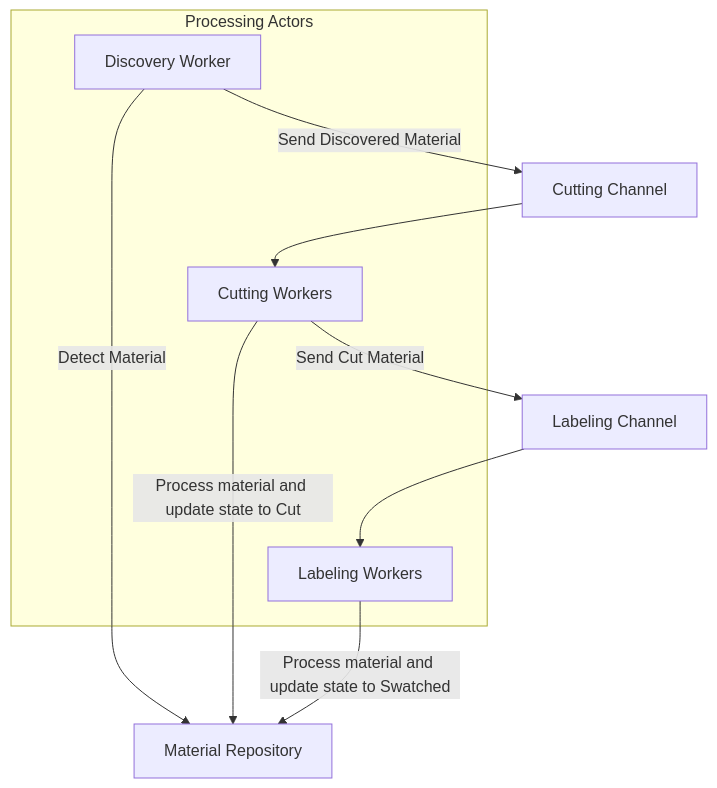
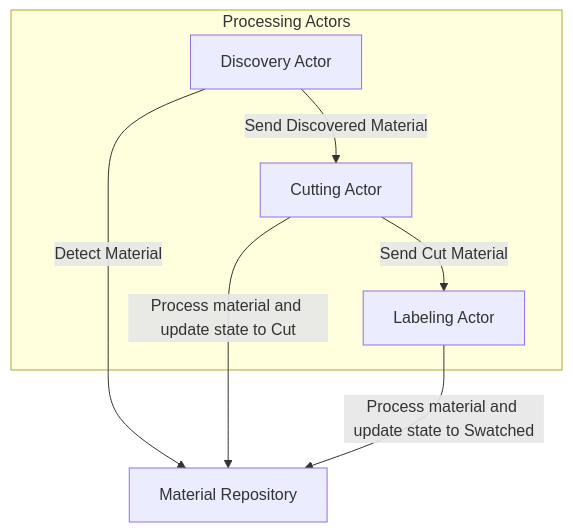
Before and after one commit to pandallel/quilt: the first of 3 diagrams in memory-bank/systemPatterns.md, drawn with Mermaid. The commit also changed other lines of this file and 4 other files, not shown here.

````diff
--- a/memory-bank/systemPatterns.md
+++ b/memory-bank/systemPatterns.md
@@ -7,18 +7,16 @@
 ```mermaid
 graph TB
     subgraph "Processing Actors"
-        DW[Discovery Worker]
-        CW[Cutting Workers]
-        LW[Labeling Workers]
+        DA[Discovery Actor]
+        CA[Cutting Actor]
+        LA[Labeling Actor]
     end
 
     Repo[Material Repository]
 
-    DW -->|Detect Material| Repo
-    DW -->|Send Discovered Material| CC[Cutting Channel]
-    CC --> CW
-    CW -->|Process material and update state to Cut| Repo
-    CW -->|Send Cut Material| LC[Labeling Channel]
-    LC --> LW
-    LW -->|Process material and update state to Swatched| Repo
+    DA -->|Detect Material| Repo
+    DA -->|Send Discovered Material| CA
+    CA -->|Process material and update state to Cut| Repo
+    CA -->|Send Cut Material| LA
+    LA -->|Process material and update state to Swatched| Repo
 ```
````
